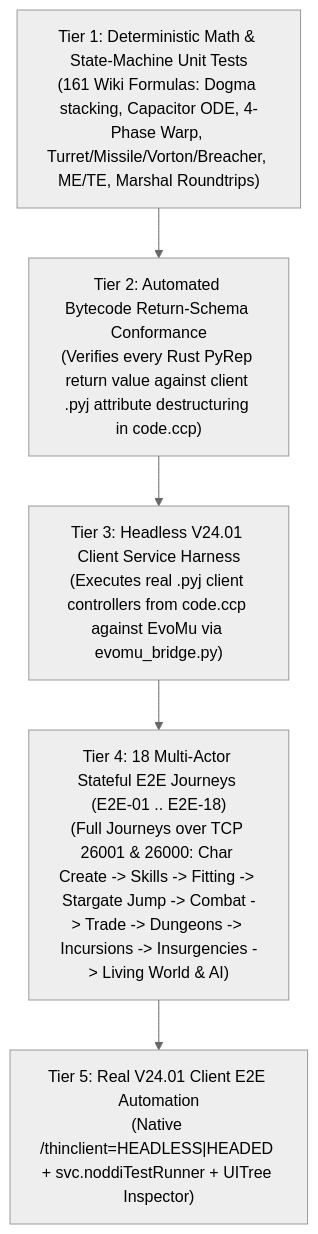
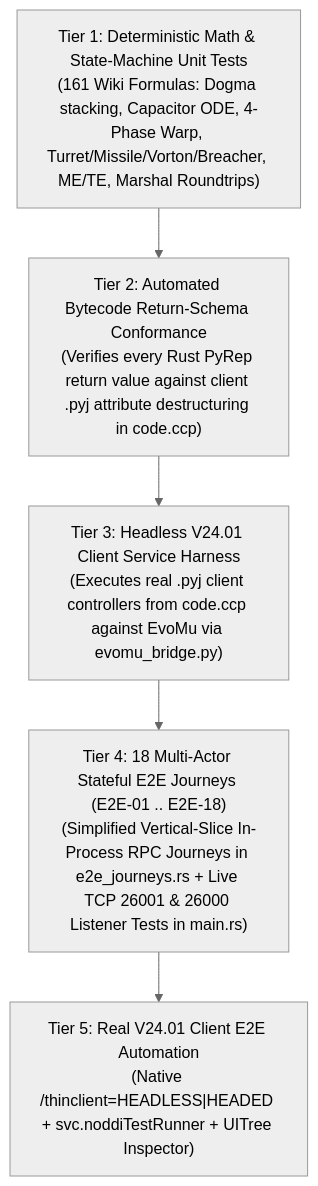
The third of 3 diagrams in README.md (saverchenkov/EvoMu), drawn with Mermaid (neutral theme) before and after one commit. The commit also changed other lines of this file and 49 other files, not shown here.

````diff
--- a/README.md
+++ b/README.md
@@ -178,10 +178,10 @@
 ```mermaid
 flowchart TB
     T5["Tier 5: Real V24.01 Client E2E Automation<br/>(Native /thinclient=HEADLESS|HEADED + svc.noddiTestRunner + UITree Inspector)"]
-    T4["Tier 4: 18 Multi-Actor Stateful E2E Journeys (E2E-01 .. E2E-18)<br/>(Full Journeys over TCP 26001 & 26000: Char Create -> Skills -> Fitting -> Stargate Jump -> Combat -> Trade -> Dungeons -> Incursions -> Insurgencies -> Living World & AI)"]
+    T4["Tier 4: 18 Multi-Actor Stateful E2E Journeys (E2E-01 .. E2E-18)<br/>(Simplified Vertical-Slice In-Process RPC Journeys in e2e_journeys.rs + Live TCP 26001 & 26000 Listener Tests in main.rs)"]
     T3["Tier 3: Headless V24.01 Client Service Harness<br/>(Executes real .pyj client controllers from code.ccp against EvoMu via evomu_bridge.py)"]
     T2["Tier 2: Automated Bytecode Return-Schema Conformance<br/>(Verifies every Rust PyRep return value against client .pyj attribute destructuring in code.ccp)"]
     T1["Tier 1: Deterministic Math & State-Machine Unit Tests<br/>(161 Wiki Formulas: Dogma stacking, Capacitor ODE, 4-Phase Warp, Turret/Missile/Vorton/Breacher, ME/TE, Marshal Roundtrips)"]
 
     T1 --> T2 --> T3 --> T4 --> T5
 ```
````
